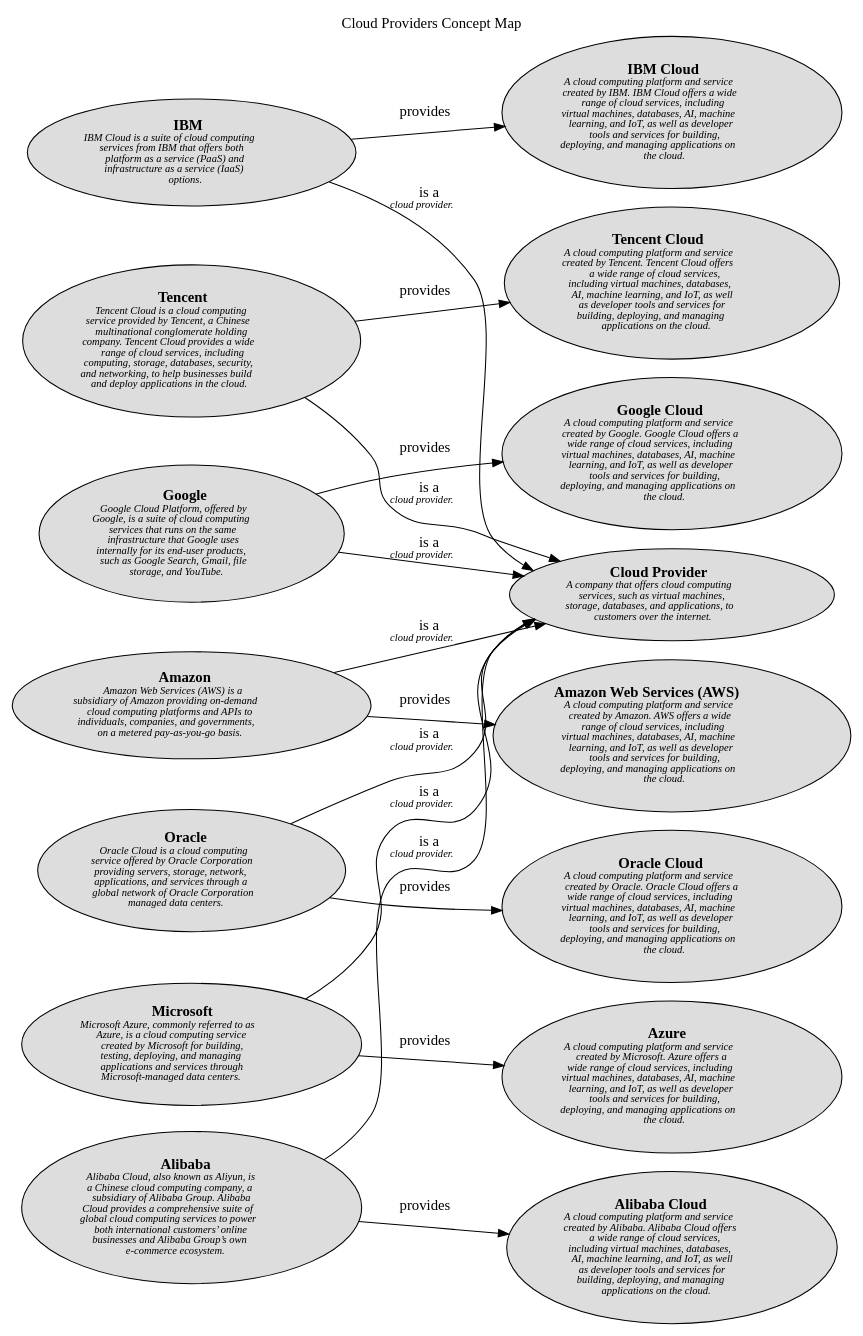
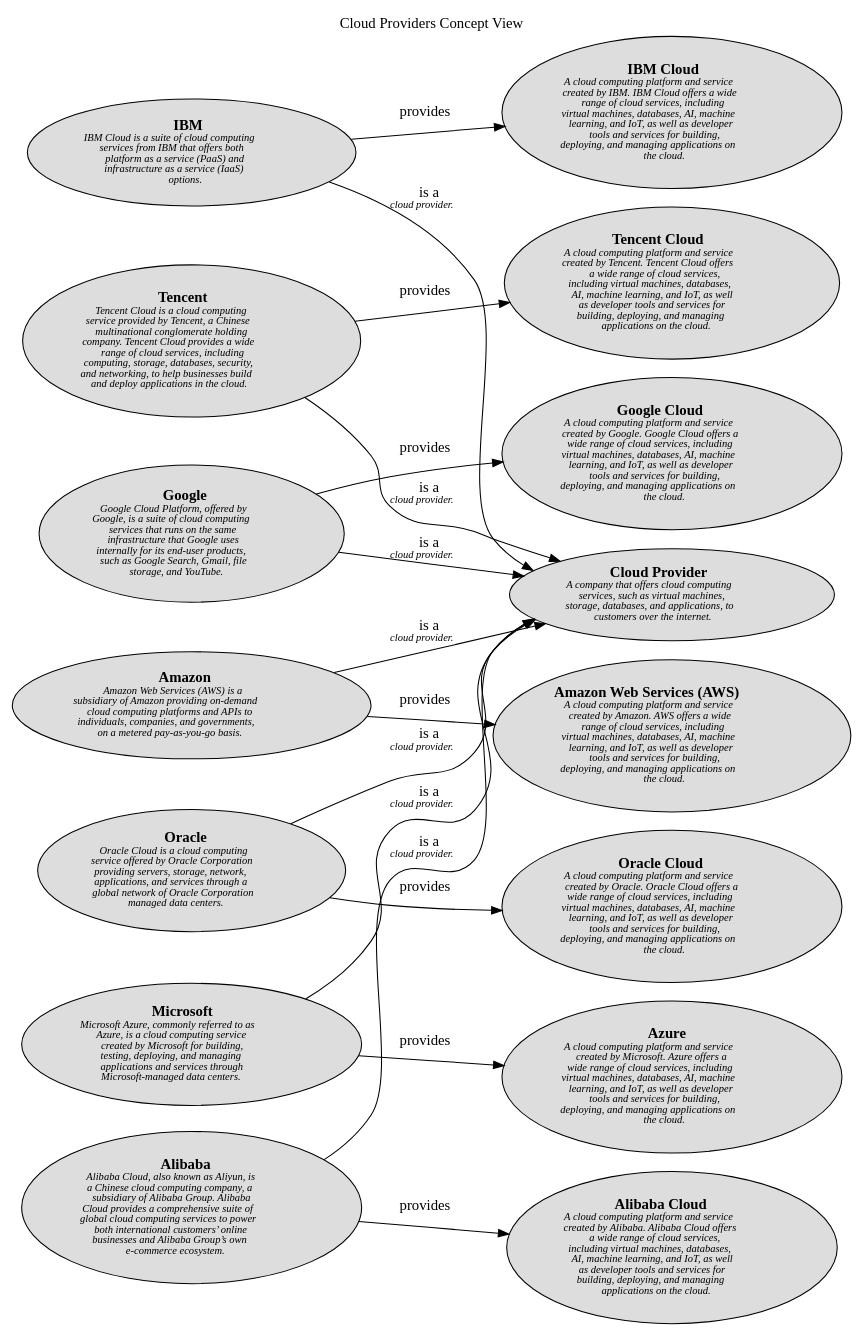
Before and after one commit to lsolbach/overarch-models: the diagram in docs/software-development/cloud/provider/concept-view.dot, drawn with Graphviz. The commit also changed 120 other files, not shown here.

```diff
--- a/docs/software-development/cloud/provider/concept-view.dot
+++ b/docs/software-development/cloud/provider/concept-view.dot
@@ -1,40 +1,40 @@
-digraph "Cloud Providers Concept Map" {
+digraph "Cloud Providers Concept View" {
   labelloc= "t"
-  label="Cloud Providers Concept Map"
+  label="Cloud Providers Concept View"
   rankdir="LR"
 
   layout=dot
+software_development_cloud_platform__ibm_cloud [shape=ellipse style=filled fillcolor="#dddddd" label=<<B>IBM Cloud</B><BR/><FONT POINT-SIZE="10"><I>A cloud computing platform and service<BR/>created by IBM. IBM Cloud offers a wide<BR/>range of cloud services, including<BR/>virtual machines, databases, AI, machine<BR/>learning, and IoT, as well as developer<BR/>tools and services for building,<BR/>deploying, and managing applications on<BR/>the cloud. </I></FONT>>]
 software_development_cloud_provider__ibm [shape=ellipse style=filled fillcolor="#dddddd" label=<<B>IBM</B><BR/><FONT POINT-SIZE="10"><I>IBM Cloud is a suite of cloud computing<BR/>services from IBM that offers both<BR/>platform as a service (PaaS) and<BR/>infrastructure as a service (IaaS)<BR/>options. </I></FONT>>]
 software_development_cloud_provider__tencent [shape=ellipse style=filled fillcolor="#dddddd" label=<<B>Tencent</B><BR/><FONT POINT-SIZE="10"><I>Tencent Cloud is a cloud computing<BR/>service provided by Tencent, a Chinese<BR/>multinational conglomerate holding<BR/>company. Tencent Cloud provides a wide<BR/>range of cloud services, including<BR/>computing, storage, databases, security,<BR/>and networking, to help businesses build<BR/>and deploy applications in the cloud. </I></FONT>>]
 software_development_cloud_provider__google [shape=ellipse style=filled fillcolor="#dddddd" label=<<B>Google</B><BR/><FONT POINT-SIZE="10"><I>Google Cloud Platform, offered by<BR/>Google, is a suite of cloud computing<BR/>services that runs on the same<BR/>infrastructure that Google uses<BR/>internally for its end-user products,<BR/>such as Google Search, Gmail, file<BR/>storage, and YouTube. </I></FONT>>]
-software_development_cloud_platform__tencent_cloud [shape=ellipse style=filled fillcolor="#dddddd" label=<<B>Tencent Cloud</B><BR/><FONT POINT-SIZE="10"><I>A cloud computing platform and service<BR/>created by Tencent. Tencent Cloud offers<BR/>a wide range of cloud services,<BR/>including virtual machines, databases,<BR/>AI, machine learning, and IoT, as well<BR/>as developer tools and services for<BR/>building, deploying, and managing<BR/>applications on the cloud. </I></FONT>>]
 software_development_cloud_platform__google_cloud [shape=ellipse style=filled fillcolor="#dddddd" label=<<B>Google Cloud</B><BR/><FONT POINT-SIZE="10"><I>A cloud computing platform and service<BR/>created by Google. Google Cloud offers a<BR/>wide range of cloud services, including<BR/>virtual machines, databases, AI, machine<BR/>learning, and IoT, as well as developer<BR/>tools and services for building,<BR/>deploying, and managing applications on<BR/>the cloud. </I></FONT>>]
-software_development_cloud_platform__ibm_cloud [shape=ellipse style=filled fillcolor="#dddddd" label=<<B>IBM Cloud</B><BR/><FONT POINT-SIZE="10"><I>A cloud computing platform and service<BR/>created by IBM. IBM Cloud offers a wide<BR/>range of cloud services, including<BR/>virtual machines, databases, AI, machine<BR/>learning, and IoT, as well as developer<BR/>tools and services for building,<BR/>deploying, and managing applications on<BR/>the cloud. </I></FONT>>]
+software_development_cloud_platform__azure [shape=ellipse style=filled fillcolor="#dddddd" label=<<B>Azure</B><BR/><FONT POINT-SIZE="10"><I>A cloud computing platform and service<BR/>created by Microsoft. Azure offers a<BR/>wide range of cloud services, including<BR/>virtual machines, databases, AI, machine<BR/>learning, and IoT, as well as developer<BR/>tools and services for building,<BR/>deploying, and managing applications on<BR/>the cloud. </I></FONT>>]
 software_development_cloud_provider__amazon [shape=ellipse style=filled fillcolor="#dddddd" label=<<B>Amazon</B><BR/><FONT POINT-SIZE="10"><I>Amazon Web Services (AWS) is a<BR/>subsidiary of Amazon providing on-demand<BR/>cloud computing platforms and APIs to<BR/>individuals, companies, and governments,<BR/>on a metered pay-as-you-go basis. </I></FONT>>]
 software_development_cloud_provider__oracle [shape=ellipse style=filled fillcolor="#dddddd" label=<<B>Oracle</B><BR/><FONT POINT-SIZE="10"><I>Oracle Cloud is a cloud computing<BR/>service offered by Oracle Corporation<BR/>providing servers, storage, network,<BR/>applications, and services through a<BR/>global network of Oracle Corporation<BR/>managed data centers. </I></FONT>>]
-software_development_cloud_platform__azure [shape=ellipse style=filled fillcolor="#dddddd" label=<<B>Azure</B><BR/><FONT POINT-SIZE="10"><I>A cloud computing platform and service<BR/>created by Microsoft. Azure offers a<BR/>wide range of cloud services, including<BR/>virtual machines, databases, AI, machine<BR/>learning, and IoT, as well as developer<BR/>tools and services for building,<BR/>deploying, and managing applications on<BR/>the cloud. </I></FONT>>]
+software_development_cloud__cloud_provider [shape=ellipse style=filled fillcolor="#dddddd" label=<<B>Cloud Provider</B><BR/><FONT POINT-SIZE="10"><I>A company that offers cloud computing<BR/>services, such as virtual machines,<BR/>storage, databases, and applications, to<BR/>customers over the internet. </I></FONT>>]
 software_development_cloud_provider__microsoft [shape=ellipse style=filled fillcolor="#dddddd" label=<<B>Microsoft</B><BR/><FONT POINT-SIZE="10"><I>Microsoft Azure, commonly referred to as<BR/>Azure, is a cloud computing service<BR/>created by Microsoft for building,<BR/>testing, deploying, and managing<BR/>applications and services through<BR/>Microsoft-managed data centers. </I></FONT>>]
-software_development_cloud__cloud_provider [shape=ellipse style=filled fillcolor="#dddddd" label=<<B>Cloud Provider</B><BR/><FONT POINT-SIZE="10"><I>A company that offers cloud computing<BR/>services, such as virtual machines,<BR/>storage, databases, and applications, to<BR/>customers over the internet. </I></FONT>>]
 software_development_cloud_provider__alibaba [shape=ellipse style=filled fillcolor="#dddddd" label=<<B>Alibaba</B><BR/><FONT POINT-SIZE="10"><I>Alibaba Cloud, also known as Aliyun, is<BR/>a Chinese cloud computing company, a<BR/>subsidiary of Alibaba Group. Alibaba<BR/>Cloud provides a comprehensive suite of<BR/>global cloud computing services to power<BR/>both international customers’ online<BR/>businesses and Alibaba Group’s own<BR/>e-commerce ecosystem. </I></FONT>>]
+software_development_cloud_platform__alibaba_cloud [shape=ellipse style=filled fillcolor="#dddddd" label=<<B>Alibaba Cloud</B><BR/><FONT POINT-SIZE="10"><I>A cloud computing platform and service<BR/>created by Alibaba. Alibaba Cloud offers<BR/>a wide range of cloud services,<BR/>including virtual machines, databases,<BR/>AI, machine learning, and IoT, as well<BR/>as developer tools and services for<BR/>building, deploying, and managing<BR/>applications on the cloud. </I></FONT>>]
 software_development_cloud_platform__aws [shape=ellipse style=filled fillcolor="#dddddd" label=<<B>Amazon Web Services (AWS)</B><BR/><FONT POINT-SIZE="10"><I>A cloud computing platform and service<BR/>created by Amazon. AWS offers a wide<BR/>range of cloud services, including<BR/>virtual machines, databases, AI, machine<BR/>learning, and IoT, as well as developer<BR/>tools and services for building,<BR/>deploying, and managing applications on<BR/>the cloud. </I></FONT>>]
+software_development_cloud_platform__tencent_cloud [shape=ellipse style=filled fillcolor="#dddddd" label=<<B>Tencent Cloud</B><BR/><FONT POINT-SIZE="10"><I>A cloud computing platform and service<BR/>created by Tencent. Tencent Cloud offers<BR/>a wide range of cloud services,<BR/>including virtual machines, databases,<BR/>AI, machine learning, and IoT, as well<BR/>as developer tools and services for<BR/>building, deploying, and managing<BR/>applications on the cloud. </I></FONT>>]
 software_development_cloud_platform__oracle_cloud [shape=ellipse style=filled fillcolor="#dddddd" label=<<B>Oracle Cloud</B><BR/><FONT POINT-SIZE="10"><I>A cloud computing platform and service<BR/>created by Oracle. Oracle Cloud offers a<BR/>wide range of cloud services, including<BR/>virtual machines, databases, AI, machine<BR/>learning, and IoT, as well as developer<BR/>tools and services for building,<BR/>deploying, and managing applications on<BR/>the cloud. </I></FONT>>]
-software_development_cloud_platform__alibaba_cloud [shape=ellipse style=filled fillcolor="#dddddd" label=<<B>Alibaba Cloud</B><BR/><FONT POINT-SIZE="10"><I>A cloud computing platform and service<BR/>created by Alibaba. Alibaba Cloud offers<BR/>a wide range of cloud services,<BR/>including virtual machines, databases,<BR/>AI, machine learning, and IoT, as well<BR/>as developer tools and services for<BR/>building, deploying, and managing<BR/>applications on the cloud. </I></FONT>>]
  
 software_development_cloud_provider__alibaba -> software_development_cloud__cloud_provider [label=<is a<BR/><FONT POINT-SIZE="10"><I>cloud provider. </I></FONT>>]
 software_development_cloud_provider__alibaba -> software_development_cloud_platform__alibaba_cloud [label=<provides<BR/><FONT POINT-SIZE="10"><I> </I></FONT>>]
 software_development_cloud_provider__google -> software_development_cloud__cloud_provider [label=<is a<BR/><FONT POINT-SIZE="10"><I>cloud provider. </I></FONT>>]
 software_development_cloud_provider__ibm -> software_development_cloud_platform__ibm_cloud [label=<provides<BR/><FONT POINT-SIZE="10"><I> </I></FONT>>]
 software_development_cloud_provider__oracle -> software_development_cloud__cloud_provider [label=<is a<BR/><FONT POINT-SIZE="10"><I>cloud provider. </I></FONT>>]
 software_development_cloud_provider__oracle -> software_development_cloud_platform__oracle_cloud [label=<provides<BR/><FONT POINT-SIZE="10"><I> </I></FONT>>]
 software_development_cloud_provider__amazon -> software_development_cloud_platform__aws [label=<provides<BR/><FONT POINT-SIZE="10"><I> </I></FONT>>]
 software_development_cloud_provider__tencent -> software_development_cloud__cloud_provider [label=<is a<BR/><FONT POINT-SIZE="10"><I>cloud provider. </I></FONT>>]
 software_development_cloud_provider__microsoft -> software_development_cloud_platform__azure [label=<provides<BR/><FONT POINT-SIZE="10"><I> </I></FONT>>]
 software_development_cloud_provider__tencent -> software_development_cloud_platform__tencent_cloud [label=<provides<BR/><FONT POINT-SIZE="10"><I> </I></FONT>>]
 software_development_cloud_provider__microsoft -> software_development_cloud__cloud_provider [label=<is a<BR/><FONT POINT-SIZE="10"><I>cloud provider. </I></FONT>>]
 software_development_cloud_provider__ibm -> software_development_cloud__cloud_provider [label=<is a<BR/><FONT POINT-SIZE="10"><I>cloud provider. </I></FONT>>]
 software_development_cloud_provider__google -> software_development_cloud_platform__google_cloud [label=<provides<BR/><FONT POINT-SIZE="10"><I> </I></FONT>>]
 software_development_cloud_provider__amazon -> software_development_cloud__cloud_provider [label=<is a<BR/><FONT POINT-SIZE="10"><I>cloud provider. </I></FONT>>]
  
 }
 
 // (generated by Overarch with template views/view.dot.cmb)
```
